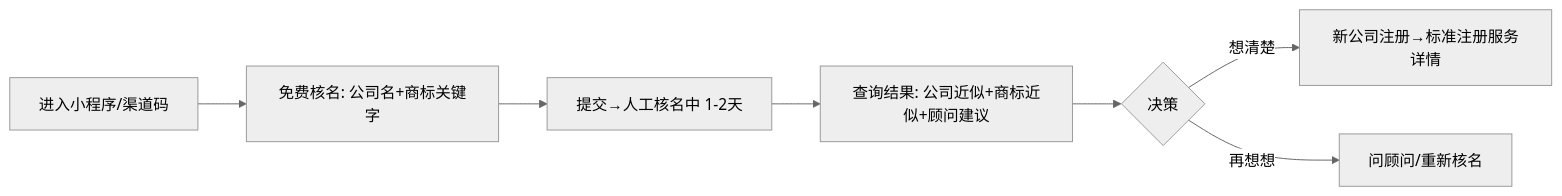
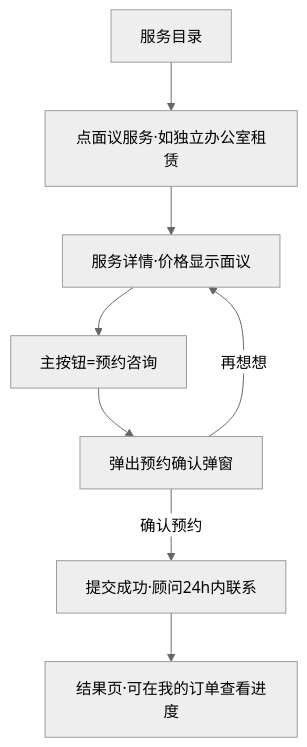
One commit to xiahan3/leapex_Leapexbiz changed the third of 10 diagrams in docs/PRD_小程序完整版_v1.0.md. Above: the diagram before and after it, drawn with Mermaid (neutral theme). The commit also changed other lines of this file and 2 other files, not shown here.

````diff
--- a/docs/PRD_小程序完整版_v1.0.md
+++ b/docs/PRD_小程序完整版_v1.0.md
@@ -132,9 +192,10 @@
 ```mermaid
-flowchart LR
-  A[进入小程序/渠道码] --> B[免费核名: 公司名+商标关键字]
-  B --> C[提交→人工核名中 1-2天]
-  C --> D[查询结果: 公司近似+商标近似+顾问建议]
-  D --> E{决策}
-  E -->|想清楚| F[新公司注册→标准注册服务详情]
-  E -->|再想想| G[问顾问/重新核名]
+flowchart TD
+    A[服务目录] --> B[点面议服务·如独立办公室租赁]
+    B --> C[服务详情·价格显示面议]
+    C --> D[主按钮=预约咨询]
+    D --> E[弹出预约确认弹窗]
+    E -->|再想想| C
+    E -->|确认预约| F[提交成功·顾问24h内联系]
+    F --> G[结果页·可在我的订单查看进度]
 ```
````
